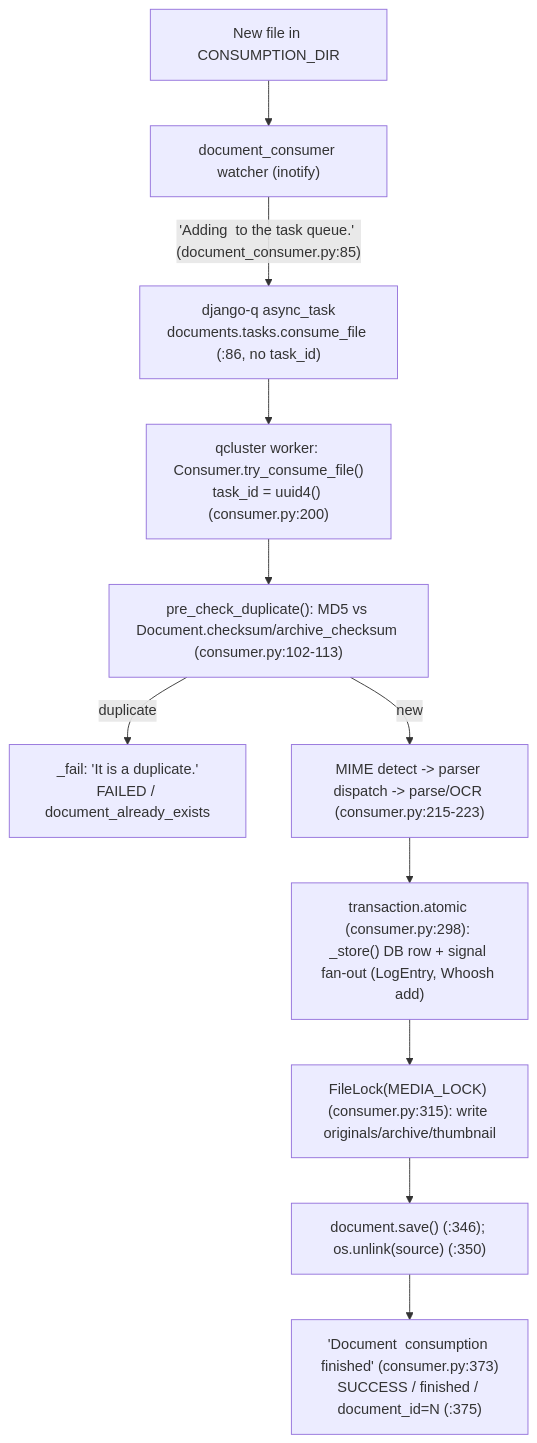
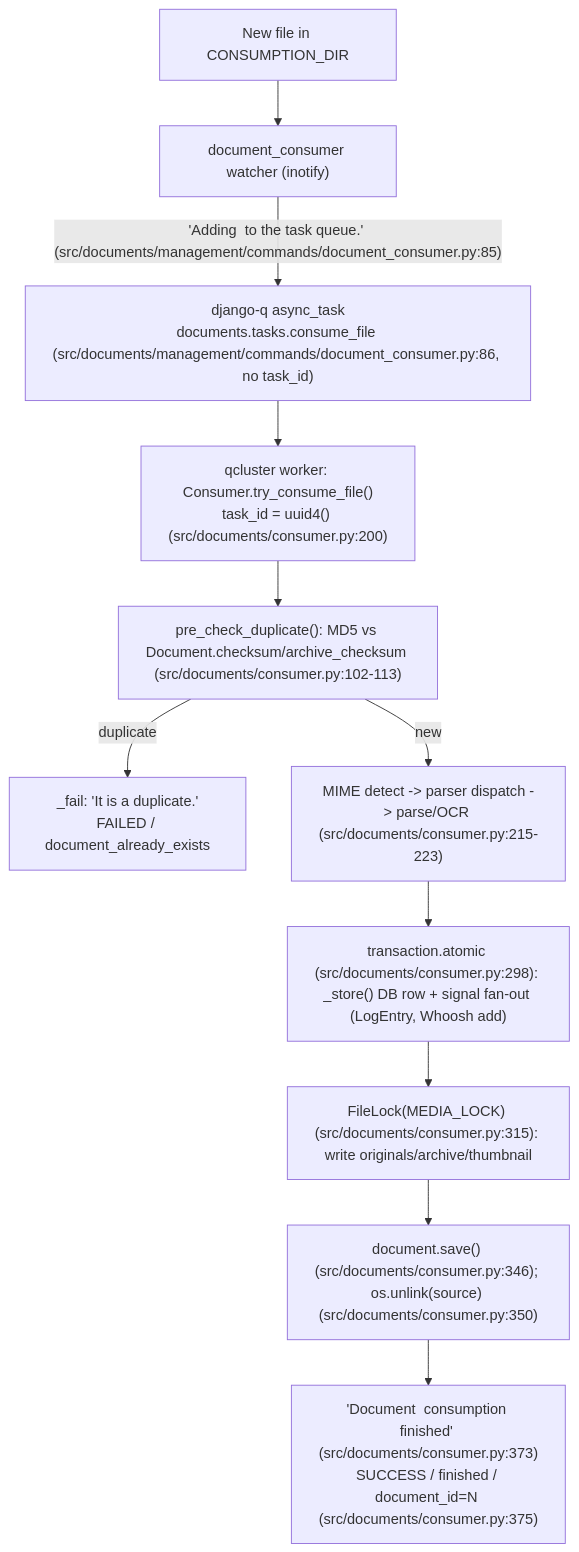
The diagram in blitzy/documentation/paperless-ngx_542221a38dff.md (blitzy-research/paperless-ngx), drawn with Mermaid before and after one commit. The commit also changed other lines of this file, not shown here.

````diff
--- a/blitzy/documentation/paperless-ngx_542221a38dff.md
+++ b/blitzy/documentation/paperless-ngx_542221a38dff.md
@@ -123,13 +191,13 @@
 ```mermaid
 flowchart TD
     A["New file in CONSUMPTION_DIR"] --> B["document_consumer watcher (inotify)"]
-    B -->|"'Adding <file> to the task queue.' (document_consumer.py:85)"| C["django-q async_task<br/>documents.tasks.consume_file (:86, no task_id)"]
-    C --> D["qcluster worker: Consumer.try_consume_file()<br/>task_id = uuid4() (consumer.py:200)"]
-    D --> E["pre_check_duplicate(): MD5 vs Document.checksum/archive_checksum (consumer.py:102-113)"]
+    B -->|"'Adding <file> to the task queue.' (src/documents/management/commands/document_consumer.py:85)"| C["django-q async_task<br/>documents.tasks.consume_file (src/documents/management/commands/document_consumer.py:86, no task_id)"]
+    C --> D["qcluster worker: Consumer.try_consume_file()<br/>task_id = uuid4() (src/documents/consumer.py:200)"]
+    D --> E["pre_check_duplicate(): MD5 vs Document.checksum/archive_checksum (src/documents/consumer.py:102-113)"]
     E -->|"duplicate"| F["_fail: 'It is a duplicate.'<br/>FAILED / document_already_exists"]
-    E -->|"new"| G["MIME detect -> parser dispatch -> parse/OCR (consumer.py:215-223)"]
-    G --> H["transaction.atomic (consumer.py:298): _store() DB row + signal fan-out (LogEntry, Whoosh add)"]
-    H --> I["FileLock(MEDIA_LOCK) (consumer.py:315): write originals/archive/thumbnail"]
-    I --> J["document.save() (:346); os.unlink(source) (:350)"]
-    J --> K["'Document <doc> consumption finished' (consumer.py:373)<br/>SUCCESS / finished / document_id=N (:375)"]
+    E -->|"new"| G["MIME detect -> parser dispatch -> parse/OCR (src/documents/consumer.py:215-223)"]
+    G --> H["transaction.atomic (src/documents/consumer.py:298): _store() DB row + signal fan-out (LogEntry, Whoosh add)"]
+    H --> I["FileLock(MEDIA_LOCK) (src/documents/consumer.py:315): write originals/archive/thumbnail"]
+    I --> J["document.save() (src/documents/consumer.py:346); os.unlink(source) (src/documents/consumer.py:350)"]
+    J --> K["'Document <doc> consumption finished' (src/documents/consumer.py:373)<br/>SUCCESS / finished / document_id=N (src/documents/consumer.py:375)"]
 ```
````
